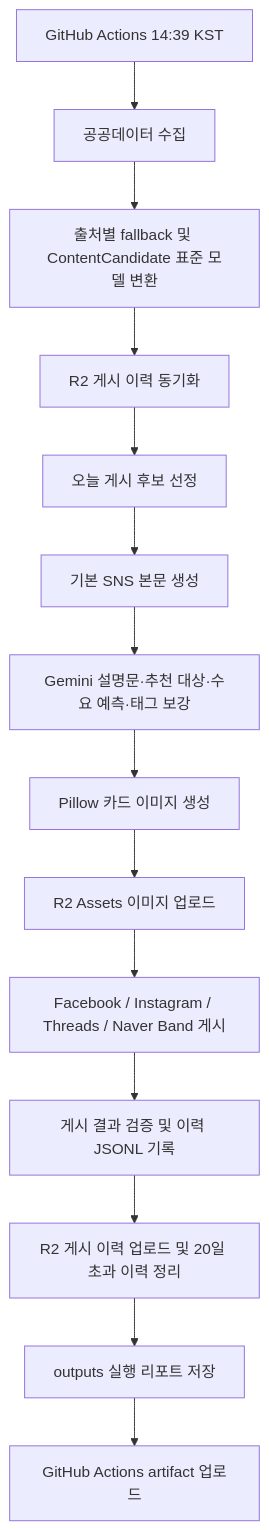
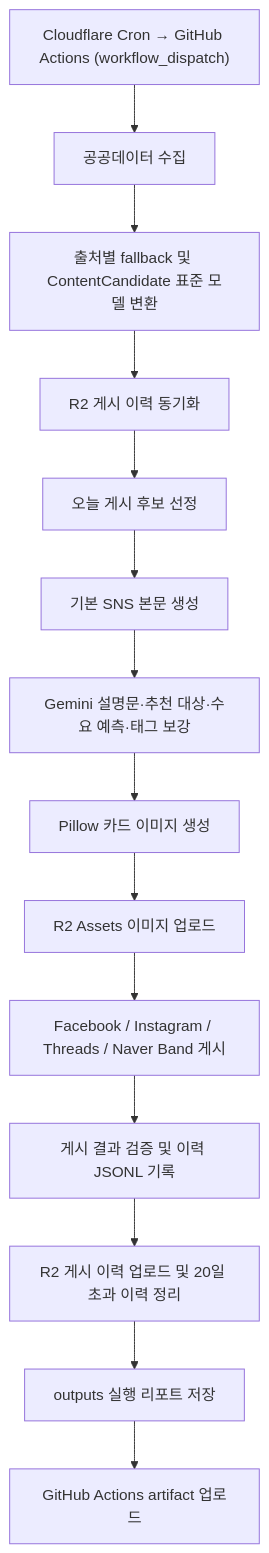
The diagram in README.md (lhjunkr/public-data-automation), drawn with Mermaid before and after one commit. The commit also changed other lines of this file, not shown here.

````diff
--- a/README.md
+++ b/README.md
@@ -53,16 +54,16 @@
 ```mermaid
 flowchart TD
-    A["GitHub Actions 14:39 KST"] --> B["공공데이터 수집"]
+    A["Cloudflare Cron → GitHub Actions (workflow_dispatch)"] --> B["공공데이터 수집"]
     B --> C["출처별 fallback 및 ContentCandidate 표준 모델 변환"]
     C --> D["R2 게시 이력 동기화"]
     D --> E["오늘 게시 후보 선정"]
     E --> F["기본 SNS 본문 생성"]
     F --> G["Gemini 설명문·추천 대상·수요 예측·태그 보강"]
     G --> H["Pillow 카드 이미지 생성"]
     H --> I["R2 Assets 이미지 업로드"]
     I --> J["Facebook / Instagram / Threads / Naver Band 게시"]
     J --> K["게시 결과 검증 및 이력 JSONL 기록"]
     K --> L["R2 게시 이력 업로드 및 20일 초과 이력 정리"]
     L --> M["outputs 실행 리포트 저장"]
     M --> N["GitHub Actions artifact 업로드"]
 ```
````
